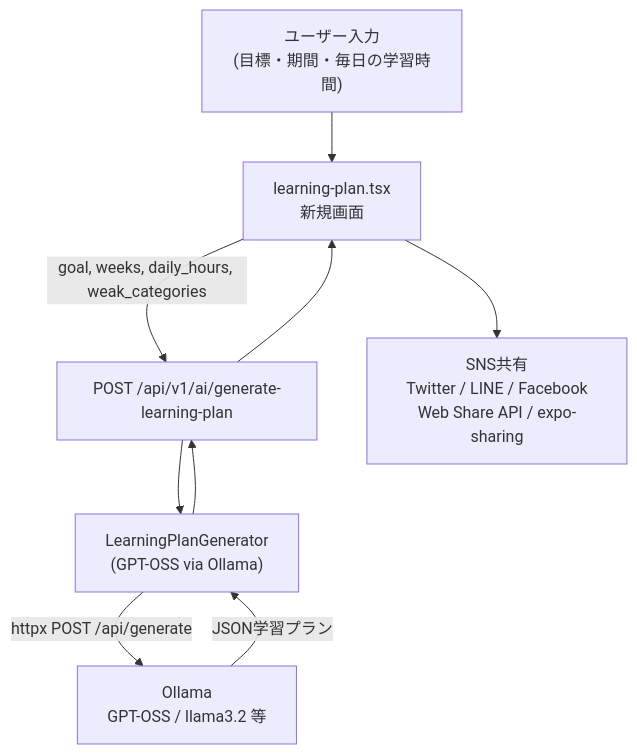
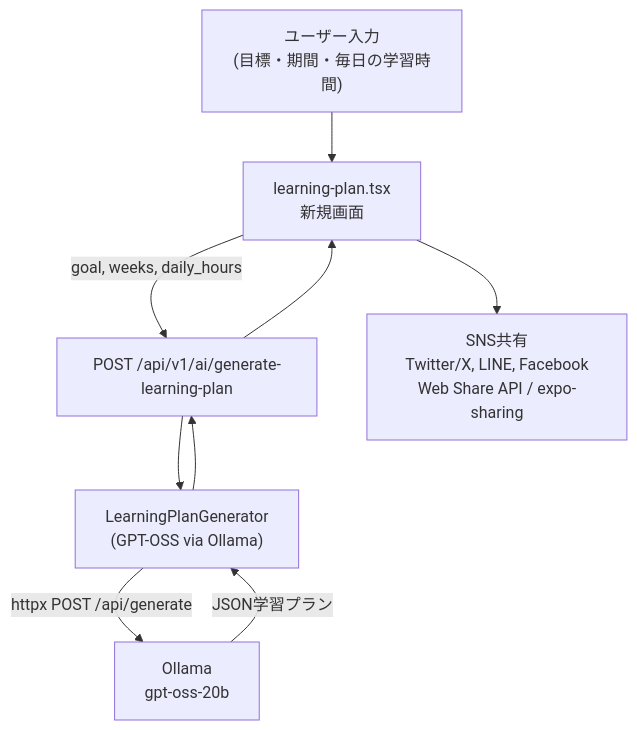
Before and after one commit to ryusei01/practice_app: the second of 2 diagrams in .cursor/plans/ai学習プラン生成・sns共有_206090d8.plan.md, drawn with Mermaid. The commit also changed other lines of this file and 2 other files, not shown here.

````diff
--- a/.cursor/plans/ai学習プラン生成・sns共有_206090d8.plan.md
+++ b/.cursor/plans/ai学習プラン生成・sns共有_206090d8.plan.md
@@ -34,18 +101,18 @@
 ```mermaid
 flowchart TD
     User["ユーザー入力\n(目標・期間・毎日の学習時間)"]
     Frontend["learning-plan.tsx\n新規画面"]
     Backend_API["POST /api/v1/ai/generate-learning-plan"]
     Service["LearningPlanGenerator\n(GPT-OSS via Ollama)"]
-    Ollama["Ollama\nGPT-OSS / llama3.2 等"]
-    Share["SNS共有\nTwitter / LINE / Facebook\nWeb Share API / expo-sharing"]
+    Ollama["Ollama\ngpt-oss-20b"]
+    Share["SNS共有\nTwitter/X, LINE, Facebook\nWeb Share API / expo-sharing"]
 
     User --> Frontend
-    Frontend -->|"goal, weeks, daily_hours, weak_categories"| Backend_API
+    Frontend -->|"goal, weeks, daily_hours"| Backend_API
     Backend_API --> Service
     Service -->|"httpx POST /api/generate"| Ollama
     Ollama -->|"JSON学習プラン"| Service
     Service --> Backend_API
     Backend_API --> Frontend
     Frontend --> Share
 ```
````
